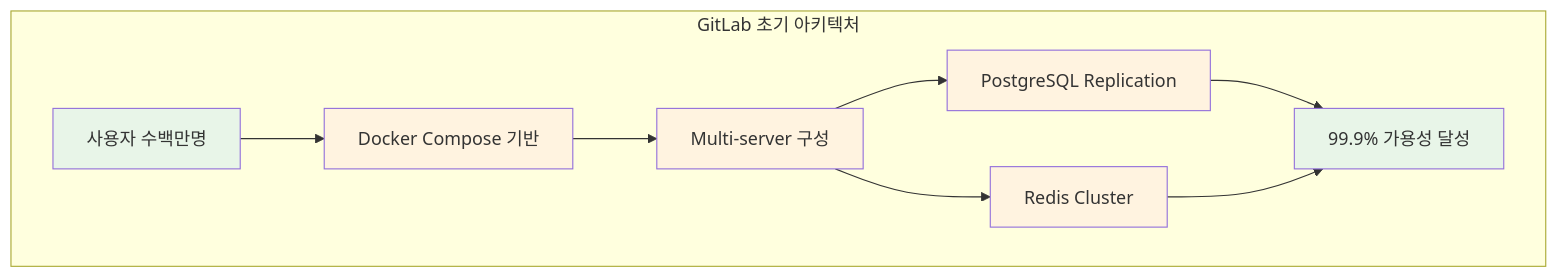
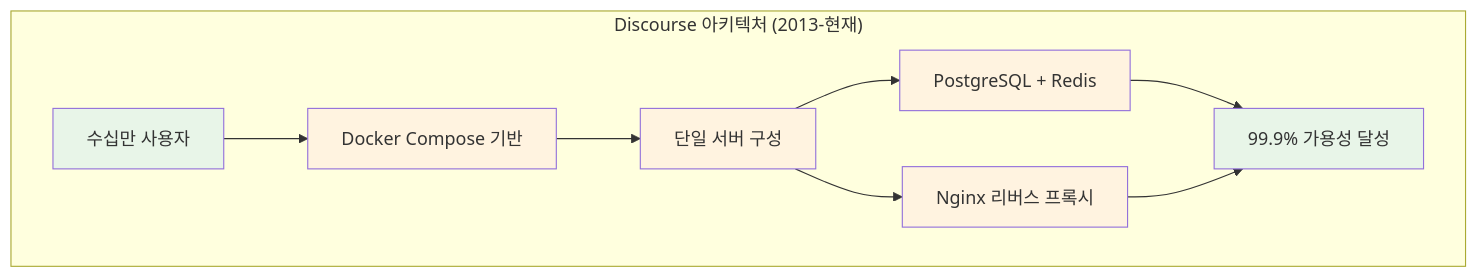
The second of 5 diagrams in theory/week_05/day5/session_2.md (niceguy61/kdt_devops_lecture_2025), drawn with Mermaid before and after one commit. The commit also changed other lines of this file, not shown here.

````diff
--- a/theory/week_05/day5/session_2.md
+++ b/theory/week_05/day5/session_2.md
@@ -53,25 +53,25 @@
 ```mermaid
 graph TB
-    subgraph "GitLab 초기 아키텍처"
-        A[사용자 수백만명]
+    subgraph "Discourse 아키텍처 (2013-현재)"
+        A[수십만 사용자]
         B[Docker Compose 기반]
-        C[Multi-server 구성]
-        D[PostgreSQL Replication]
-        E[Redis Cluster]
+        C[단일 서버 구성]
+        D[PostgreSQL + Redis]
+        E[Nginx 리버스 프록시]
         F[99.9% 가용성 달성]
     end
     
     A --> B
     B --> C
     C --> D
     C --> E
     D --> F
     E --> F
     
     style A fill:#e8f5e8
     style B fill:#fff3e0
     style C fill:#fff3e0
     style D fill:#fff3e0
     style E fill:#fff3e0
     style F fill:#e8f5e8
 ```
````
